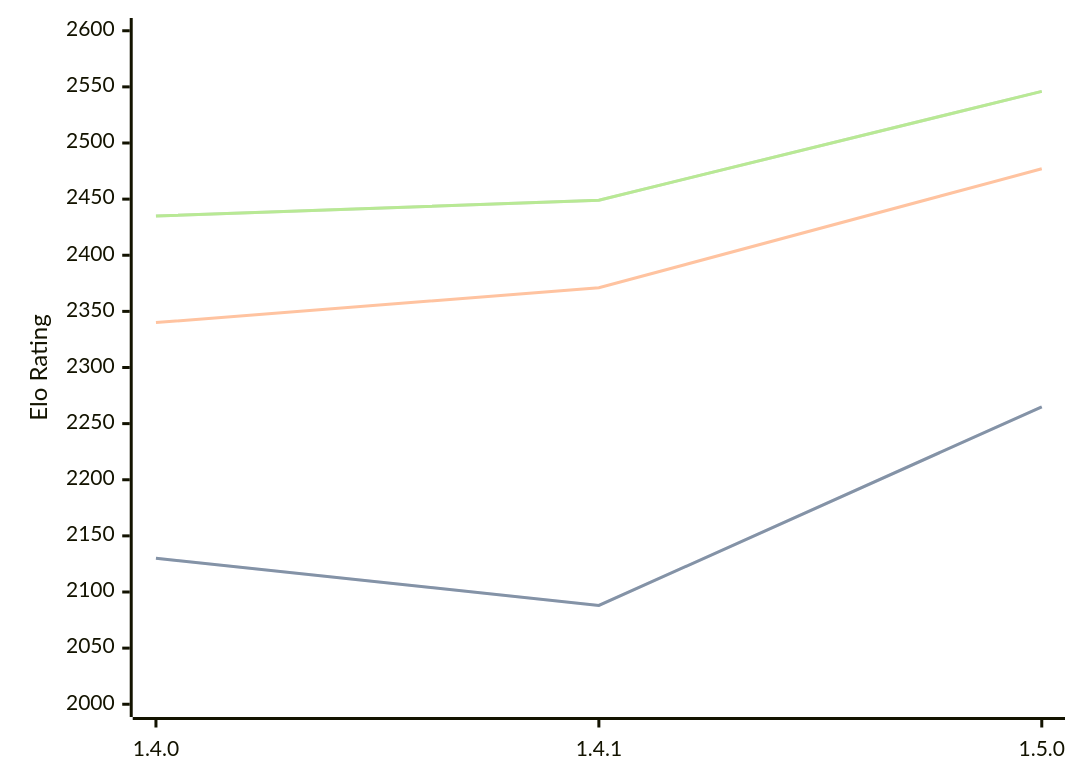
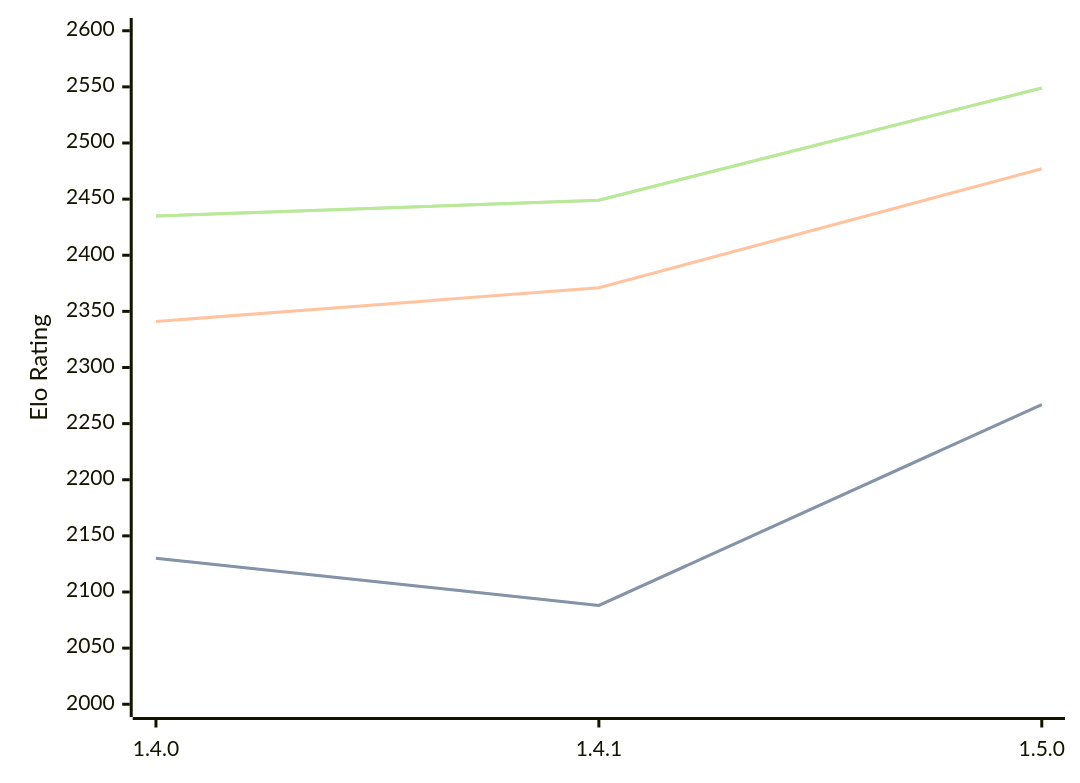
The diagram in engines/Tofiks.md (computer-chess-index/cci), drawn with Mermaid before and after one commit. The commit also changed other lines of this file, not shown here.

Commit message:
Update CCI Ratings (ELO VLTC) - 2026-05-15

````diff
--- a/engines/Tofiks.md
+++ b/engines/Tofiks.md
@@ -37,11 +37,11 @@
 ```mermaid
 %%{init: {"theme":"base","themeVariables":{"seriesColors:['#a3a3a3','#222221','#faa371']}}}%%
 xychart-beta
   x-axis ["1.4.0", "1.4.1", "1.5.0"]
   y-axis "Elo Rating" 2000 --> 2600
-  line "STC (8.0+0.08s)" [2130, 2088, 2265]
-  line "STC (8.0+0.08s)" [2130, 2088, 2265]
-  line "LTC (60.0+0.60s)" [2340, 2371, 2477]
-  line "VLTC (2m24s+1.12s)" [2435, 2449, 2546]
-  line "VLTC (2m24s+1.12s)" [2435, 2449, 2546]
+  line "STC (8.0+0.08s)" [2130, 2088, 2267]
+  line "STC (8.0+0.08s)" [2130, 2088, 2267]
+  line "LTC (60.0+0.60s)" [2341, 2371, 2477]
+  line "VLTC (2m24s+1.12s)" [2435, 2449, 2549]
+  line "VLTC (2m24s+1.12s)" [2435, 2449, 2549]
 ```
````
